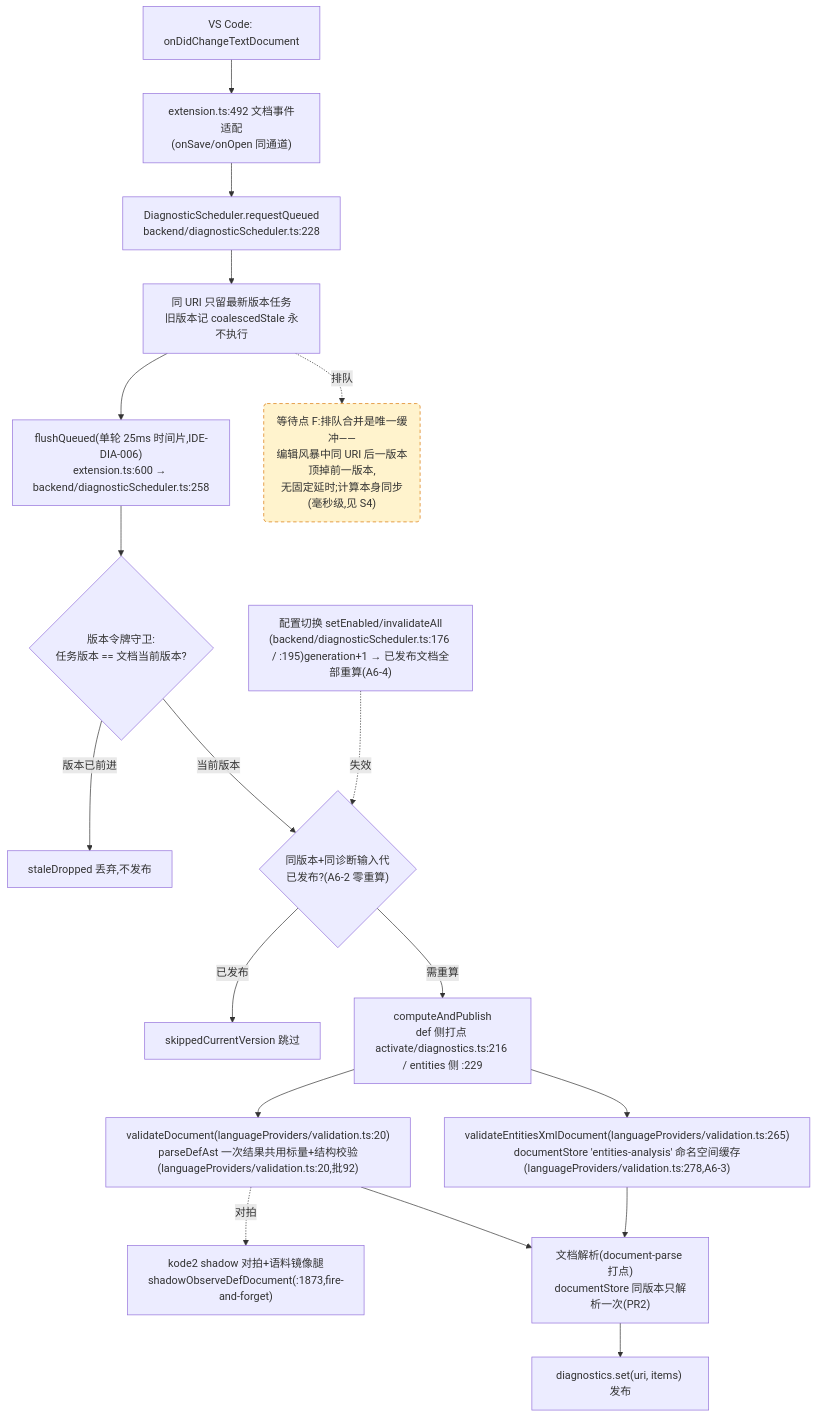
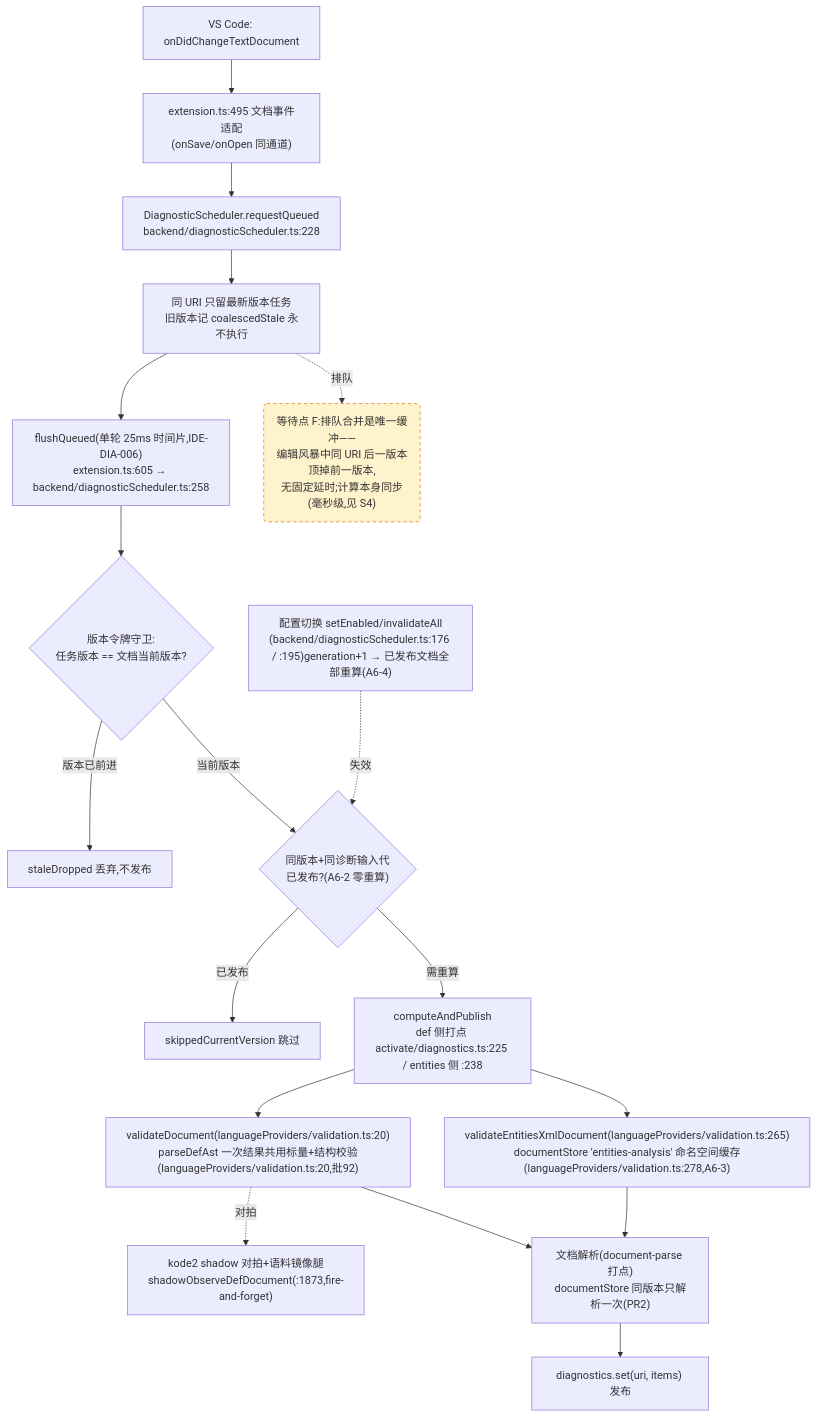
One commit to cuihairu/kode changed the fourth of 4 diagrams in docs/perf/2026-baseline.md. Above: the diagram before and after it, drawn with Mermaid. The commit also changed 19 other files, not shown here.

````diff
--- a/docs/perf/2026-baseline.md
+++ b/docs/perf/2026-baseline.md
@@ -241,38 +241,38 @@
 ```mermaid
 flowchart TD
   CHG["VS Code: onDidChangeTextDocument"]
-  WATCH["extension.ts:492 文档事件适配<br/>(onSave/onOpen 同通道)"]
+  WATCH["extension.ts:495 文档事件适配<br/>(onSave/onOpen 同通道)"]
   RQ["DiagnosticScheduler.requestQueued<br/>backend/diagnosticScheduler.ts:228"]
   CO["同 URI 只留最新版本任务<br/>旧版本记 coalescedStale 永不执行"]
-  FL["flushQueued(单轮 25ms 时间片,IDE-DIA-006)<br/>extension.ts:600 → backend/diagnosticScheduler.ts:258"]
+  FL["flushQueued(单轮 25ms 时间片,IDE-DIA-006)<br/>extension.ts:605 → backend/diagnosticScheduler.ts:258"]
   VG{"版本令牌守卫:<br/>任务版本 == 文档当前版本?"}
   DROP["staleDropped 丢弃,不发布"]
   GEN{"同版本+同诊断输入代<br/>已发布?(A6-2 零重算)"}
   SKIP["skippedCurrentVersion 跳过"]
-  CALC["computeAndPublish<br/>def 侧打点 activate/diagnostics.ts:216 / entities 侧 :229"]
+  CALC["computeAndPublish<br/>def 侧打点 activate/diagnostics.ts:225 / entities 侧 :238"]
   VD["validateDocument(languageProviders/validation.ts:20)<br/>parseDefAst 一次结果共用标量+结构校验(languageProviders/validation.ts:20,批92)"]
   VEX["validateEntitiesXmlDocument(languageProviders/validation.ts:265)<br/>documentStore 'entities-analysis' 命名空间缓存(languageProviders/validation.ts:278,A6-3)"]
   SHDD["kode2 shadow 对拍+语料镜像腿<br/>shadowObserveDefDocument(:1873,fire-and-forget)"]
   DS["文档解析(document-parse 打点)<br/>documentStore 同版本只解析一次(PR2)"]
   PUB["diagnostics.set(uri, items) 发布"]
   CFG2["配置切换 setEnabled/invalidateAll<br/>(backend/diagnosticScheduler.ts:176 / :195)generation+1 → 已发布文档全部重算(A6-4)"]
 
   CHG --> WATCH --> RQ --> CO --> FL --> VG
   VG -- "版本已前进" --> DROP
   VG -- "当前版本" --> GEN
   GEN -- "已发布" --> SKIP
   GEN -- "需重算" --> CALC
   CALC --> VD
   CALC --> VEX
   VD --> DS
   VEX --> DS
   DS --> PUB
   VD -.->|对拍| SHDD
   CFG2 -.->|失效| GEN
 
   WAITF("等待点 F:排队合并是唯一缓冲——<br/>编辑风暴中同 URI 后一版本顶掉前一版本,<br/>无固定延时;计算本身同步(毫秒级,见 S4)")
   CO -.->|排队| WAITF
 
   classDef waitPoint fill:#fff3cd,stroke:#d97706,stroke-dasharray:5 4;
   class WAITF waitPoint;
 ```
````
